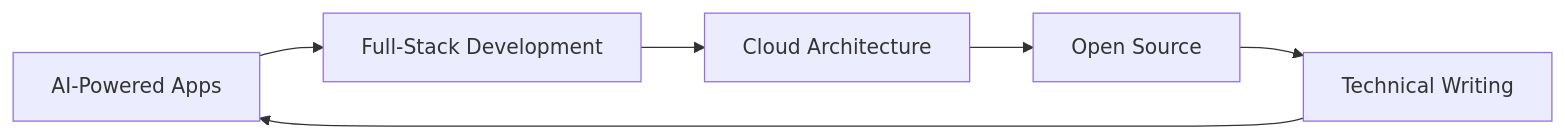
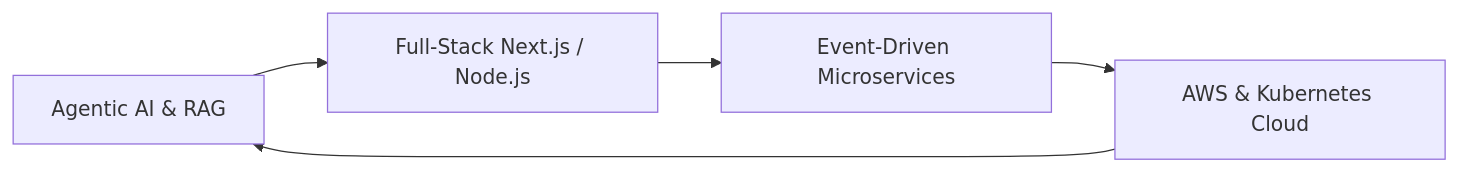
The diagram in README.md (maheshchichkoti/maheshchichkoti), drawn with Mermaid before and after one commit. The commit also changed other lines of this file, not shown here.

Commit message:
Update profile README with Full-Stack AI Engineer focus and clean layout

````diff
--- a/README.md
+++ b/README.md
@@ -211,8 +181,7 @@
 ```mermaid
 graph LR
-    A[AI-Powered Apps] --> B[Full-Stack Development]
-    B --> C[Cloud Architecture]
-    C --> D[Open Source]
-    D --> E[Technical Writing]
-    E --> A
+A[Agentic AI & RAG] --> B[Full-Stack Next.js / Node.js]
+B --> C[Event-Driven Microservices]
+C --> D[AWS & Kubernetes Cloud]
+D --> A
 ```
````
